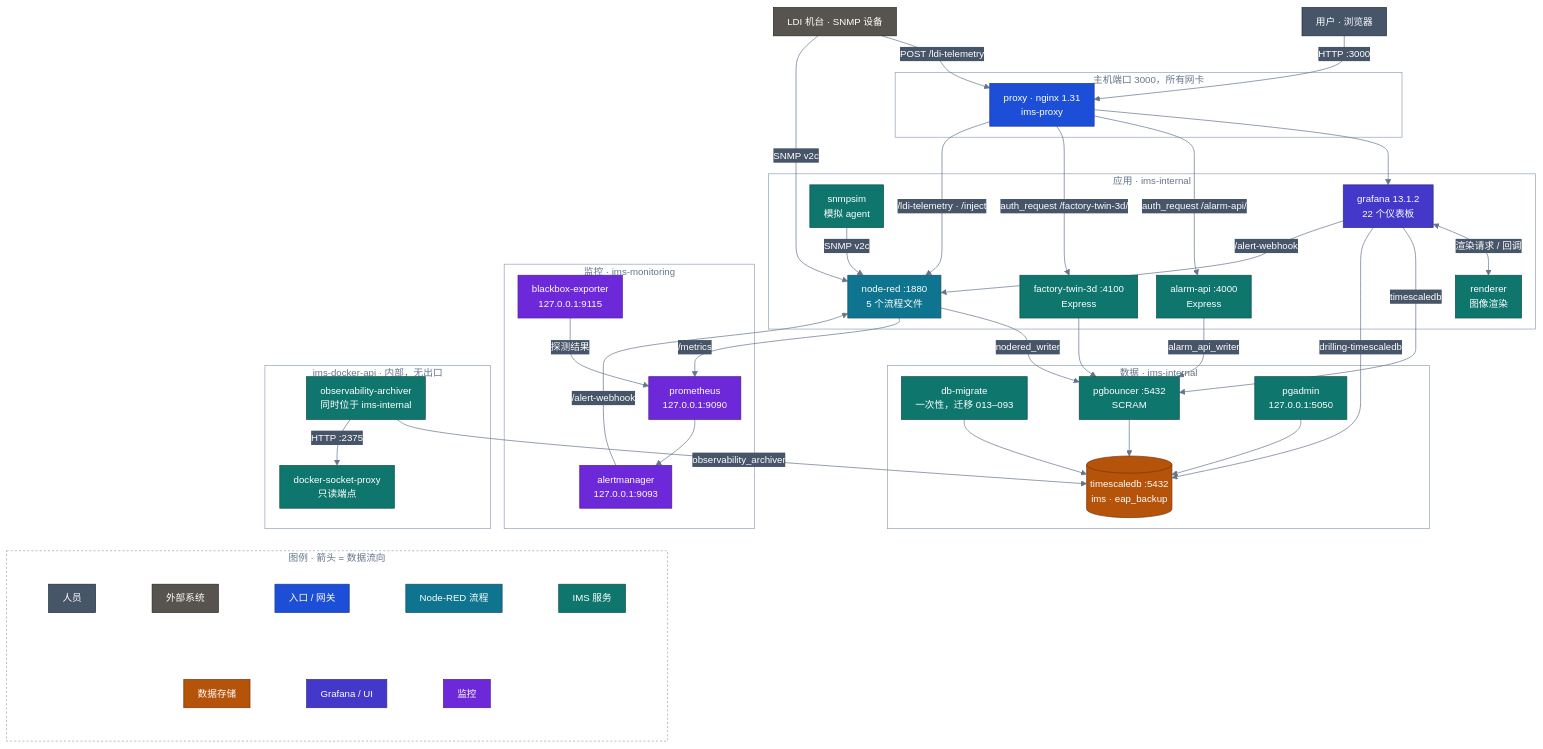
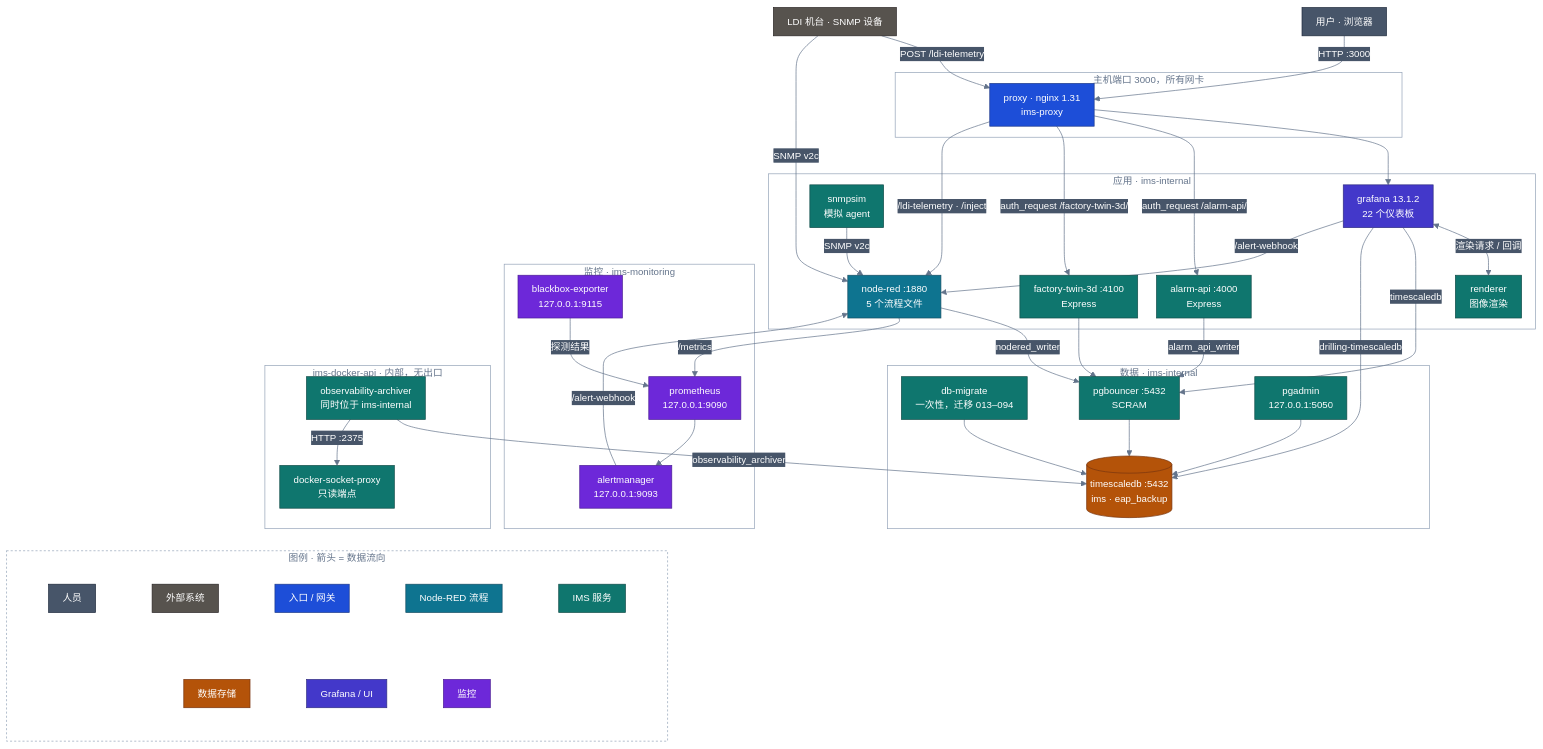
The second of 8 diagrams in zh-CN/docs/architecture/ARCHITECTURE_DIAGRAM.md (PATTANAKORN025/IMS), drawn with Mermaid before and after one commit. The commit also changed 21 other files, not shown here.

```diff
--- a/zh-CN/docs/architecture/ARCHITECTURE_DIAGRAM.md
+++ b/zh-CN/docs/architecture/ARCHITECTURE_DIAGRAM.md
@@ -106,7 +106,7 @@
   end
 
   subgraph DATA["数据 · ims-internal"]
-    MIG["db-migrate<br/>一次性，迁移 013–093"]:::app
+    MIG["db-migrate<br/>一次性，迁移 013–094"]:::app
     PGB["pgbouncer :5432<br/>SCRAM"]:::app
     TSDB[("timescaledb :5432<br/>ims · eap_backup")]:::store
     PGADMIN["pgadmin<br/>127.0.0.1:5050"]:::app
```
